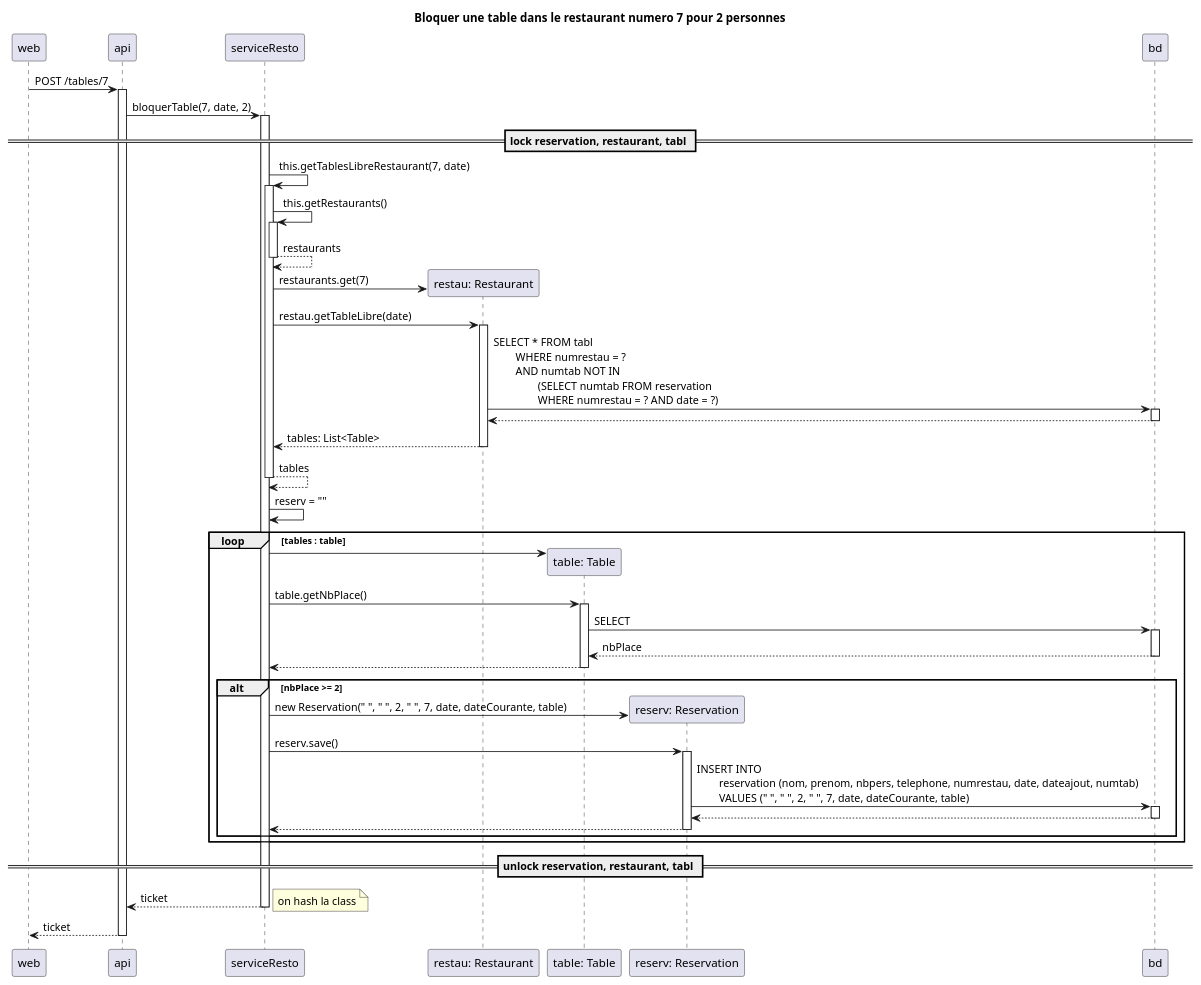
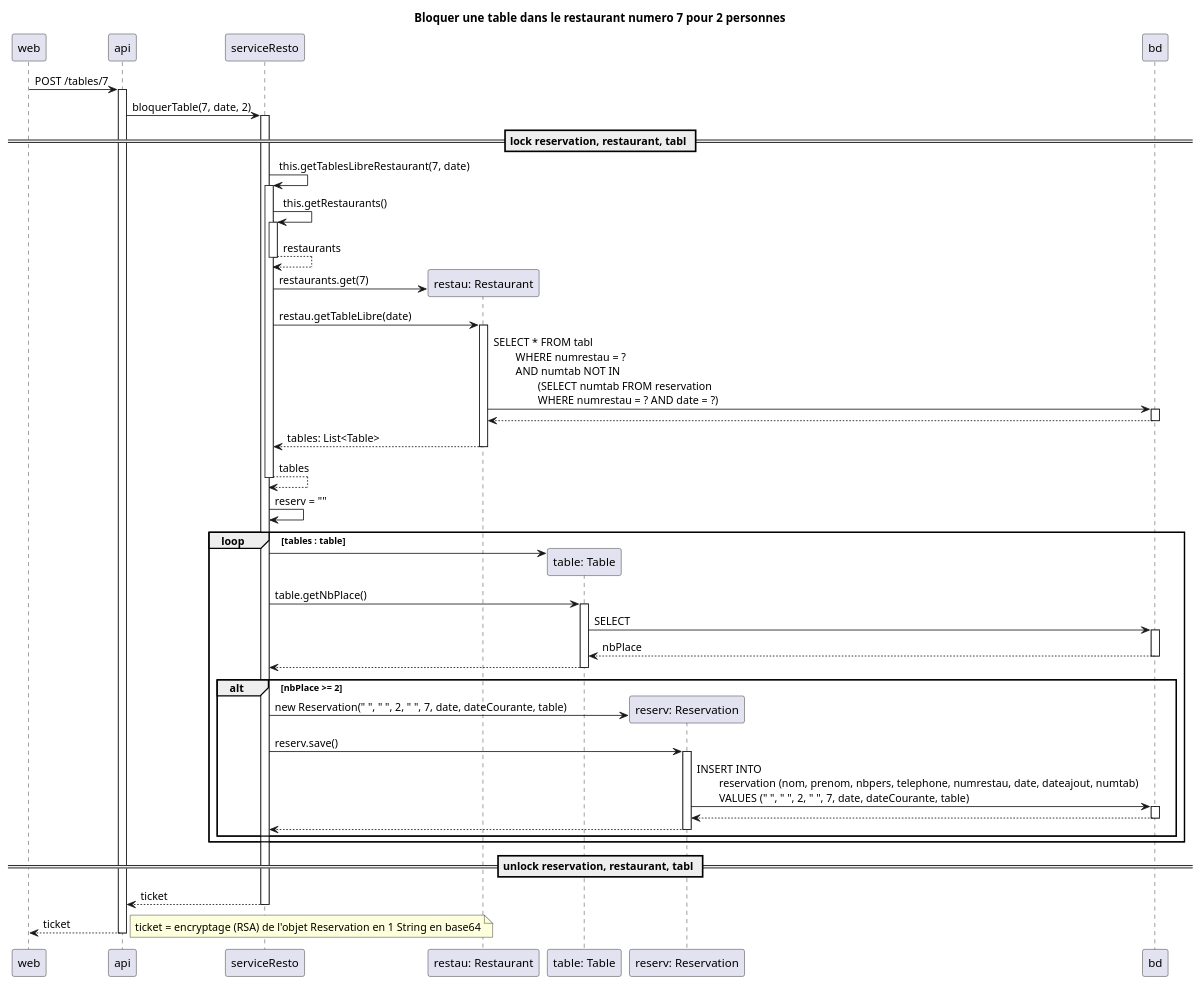
One commit to GregoireHirtz/SAE-ProgAppRep changed the diagram in doc/uml/bloquer_reservation.puml. Above: the diagram before and after it, drawn with PlantUML. The commit also changed 4 other files, not shown here.

```diff
--- a/doc/uml/bloquer_reservation.puml
+++ b/doc/uml/bloquer_reservation.puml
@@ -1,86 +1,86 @@
 @startuml
 'https://plantuml.com/sequence-diagram
 
 /'autonumber'/
 
 title Bloquer une table dans le restaurant numero 7 pour 2 personnes
 
 web -> api : POST /tables/7
 activate api
 
 api -> "serviceResto" : bloquerTable(7, date, 2)
 activate "serviceResto"
 
 == lock reservation, restaurant, tabl ==
 
 "serviceResto" -> "serviceResto" : this.getTablesLibreRestaurant(7, date)
 activate "serviceResto"
 
 "serviceResto" -> "serviceResto" : this.getRestaurants()
 activate "serviceResto"
 "serviceResto" --> "serviceResto" : restaurants
 deactivate "serviceResto"
 
 create "restau: Restaurant"
 "serviceResto" -> "restau: Restaurant" : restaurants.get(7)
 
 "serviceResto" -> "restau: Restaurant" : restau.getTableLibre(date)
 activate "restau: Restaurant"
 
 "restau: Restaurant" -> bd : SELECT * FROM tabl \n\tWHERE numrestau = ? \n\tAND numtab NOT IN \n\t\t(SELECT numtab FROM reservation \n\t\tWHERE numrestau = ? AND date = ?)
 activate bd
 
 "restau: Restaurant" <-- bd
 deactivate bd
 
 "serviceResto" <-- "restau: Restaurant" : tables: List<Table>
 deactivate "restau: Restaurant"
 
 "serviceResto" --> "serviceResto" : tables
 deactivate "serviceResto"
 
 "serviceResto" -> "serviceResto" : reserv = ""
 
 loop tables : table
     create "table: Table"
     "serviceResto" -> "table: Table"
 
     "serviceResto" -> "table: Table": table.getNbPlace()
     activate "table: Table"
 
     "table: Table" -> bd : SELECT
     activate bd
     "table: Table" <-- bd : nbPlace
     deactivate bd
 
     "serviceResto" <-- "table: Table"
     deactivate "table: Table"
 
     alt nbPlace >= 2
         create "reserv: Reservation"
         "serviceResto" -> "reserv: Reservation" : new Reservation(" ", " ", 2, " ", 7, date, dateCourante, table)
 
         "serviceResto" -> "reserv: Reservation" : reserv.save()
         activate "reserv: Reservation"
 
         database bd
         "reserv: Reservation" -> bd : INSERT INTO \n\treservation (nom, prenom, nbpers, telephone, numrestau, date, dateajout, numtab) \n\tVALUES (" ", " ", 2, " ", 7, date, dateCourante, table)
         activate bd
         "reserv: Reservation" <-- bd
         deactivate bd
 
         "serviceResto" <-- "reserv: Reservation"
         deactivate "reserv: Reservation"
     end
 end
 == unlock reservation, restaurant, tabl ==
 api <-- "serviceResto" : ticket
-note right
-    on hash la class
-end note
 deactivate "serviceResto"
 
 web <-- api : ticket
+note right
+    ticket = encryptage (RSA) de l'objet Reservation en 1 String en base64
+end note
 deactivate api
 
 @enduml
```
